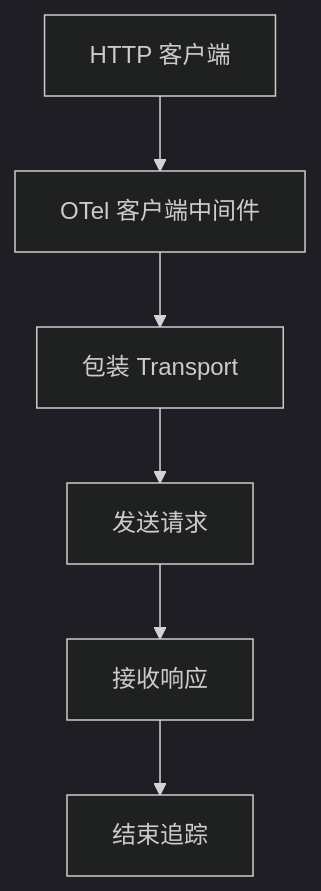
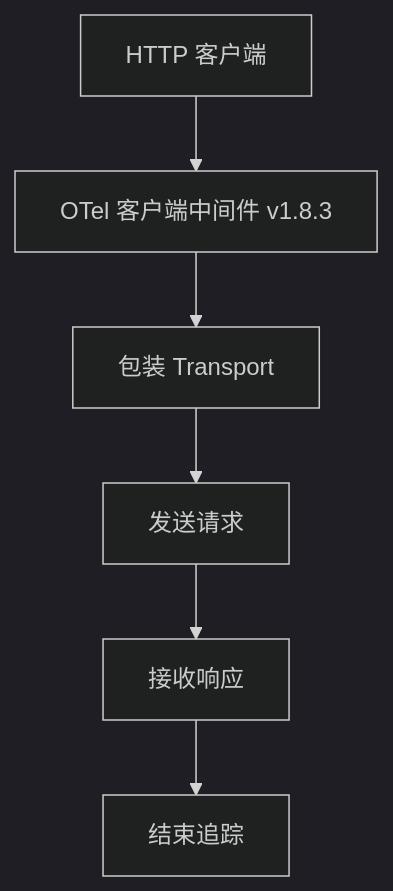
The third of 9 diagrams in .agents/repowiki/zh/content/高级中间件/监控与遥测中间件.md (soyacen/goose), drawn with Mermaid (dark theme) before and after one commit. The commit also changed other lines of this file and 51 other files, not shown here.

````diff
--- a/.agents/repowiki/zh/content/高级中间件/监控与遥测中间件.md
+++ b/.agents/repowiki/zh/content/高级中间件/监控与遥测中间件.md
@@ -102,8 +111,8 @@
 ```mermaid
 flowchart TD
-A[HTTP 客户端] --> B[OTel 客户端中间件]
+A[HTTP 客户端] --> B[OTel 客户端中间件 v1.8.3]
 B --> C[包装 Transport]
 C --> D[发送请求]
 D --> E[接收响应]
 E --> F[结束追踪]
 ```
````
